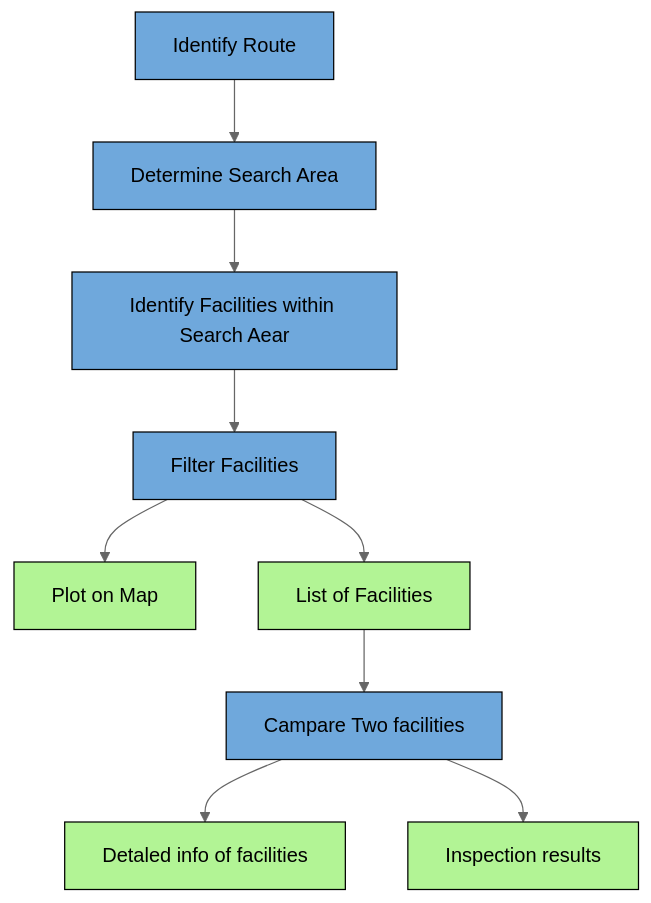
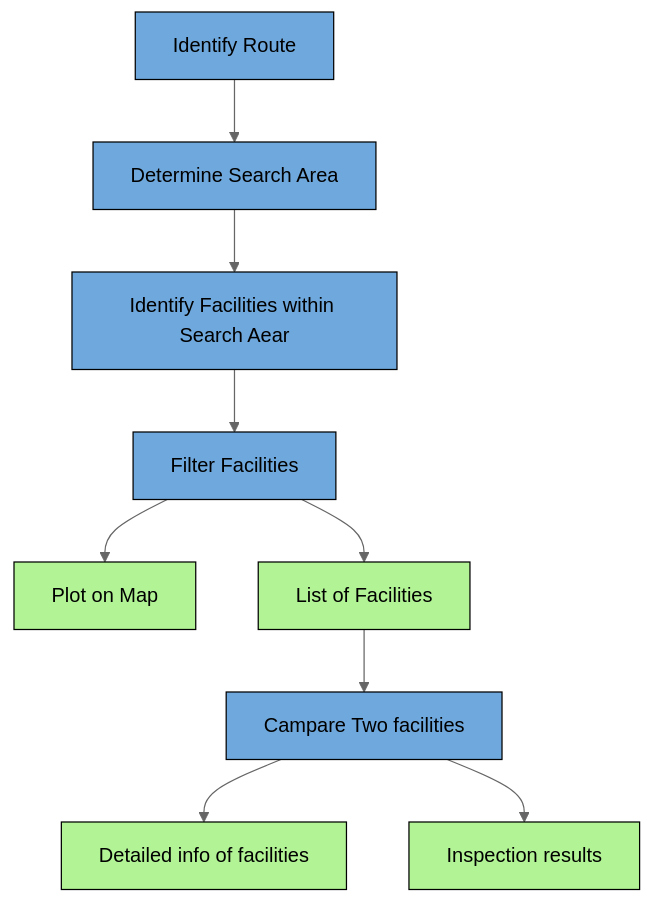
One commit to abidgen/nyc_childcare_finder changed the diagram in README.md. Above: the diagram before and after it, drawn with Mermaid (neutral theme).

````diff
--- a/README.md
+++ b/README.md
@@ -32,15 +32,15 @@
 ```mermaid
 flowchart TD
     A[Identify Route]:::process --> B[Determine Search Area]:::process
     B --> C[Identify Facilities within Search Aear]:::process
     C --> D[Filter Facilities]:::process
     D --> E[Plot on Map]:::result
     D --> F[List of Facilities]:::result
     F --> G[Campare Two facilities]:::process
-    G --> H[Detaled info of facilities]:::result 
+    G --> H[Detailed info of facilities]:::result 
     G --> I[Inspection results]:::result
     
     classDef process fill:#6fa8dc,stroke:#000,stroke-width:1px,color:#000;
     classDef result fill:#b2f495,stroke:#000,stroke-width:1px,color:#000;
 
 ```
````
